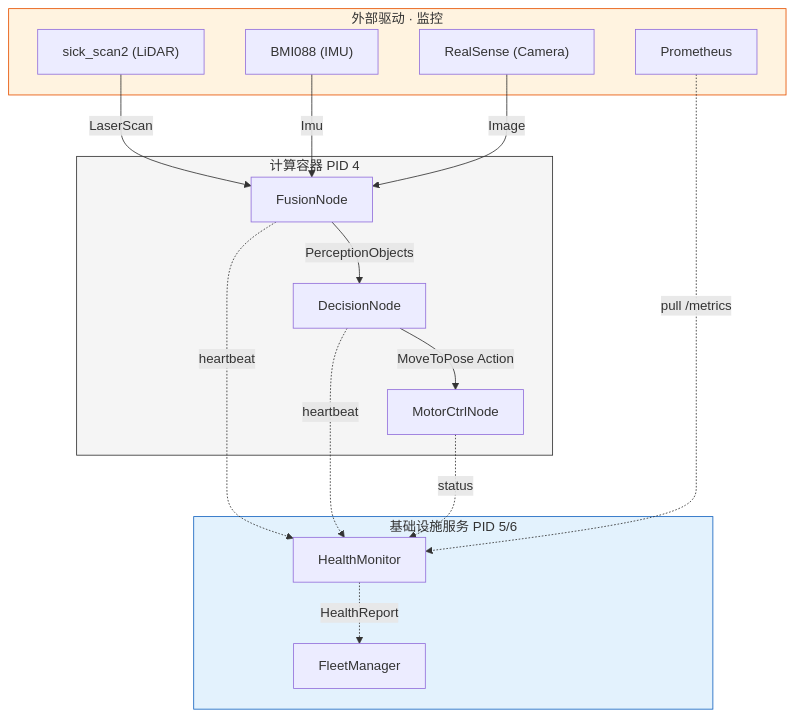
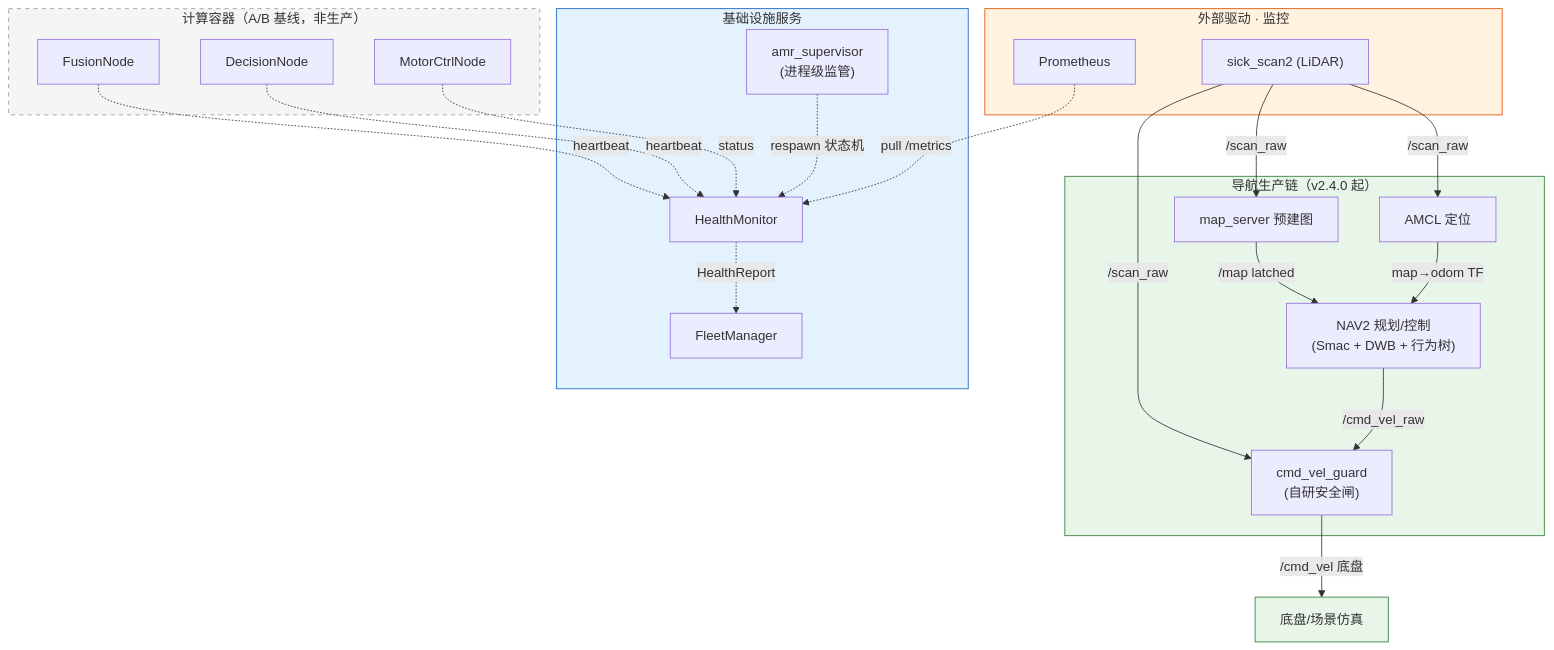
One commit to guang-lee-cn/ros2_amr_framework changed the first of 5 diagrams in doc/ARCHITECTURE.md. Above: the diagram before and after it, drawn with Mermaid. The commit also changed other lines of this file and 6 other files, not shown here.

````diff
--- a/doc/ARCHITECTURE.md
+++ b/doc/ARCHITECTURE.md
@@ -42,36 +42,47 @@
 ```mermaid
 flowchart TB
     subgraph drivers["外部驱动 · 监控"]
         SICK["sick_scan2 (LiDAR)"]
-        BMI["BMI088 (IMU)"]
-        REAL["RealSense (Camera)"]
         PROM["Prometheus"]
     end
 
-    subgraph infra["基础设施服务 PID 5/6"]
+    subgraph nav2["导航生产链（v2.4.0 起）"]
+        MAPSRV["map_server 预建图"]
+        AMCL["AMCL 定位"]
+        NAV["NAV2 规划/控制<br/>(Smac + DWB + 行为树)"]
+        GUARD["cmd_vel_guard<br/>(自研安全闸)"]
+    end
+
+    subgraph infra["基础设施服务"]
         HEALTH["HealthMonitor"]
+        SUP["amr_supervisor<br/>(进程级监管)"]
         FLEET["FleetManager"]
     end
 
-    subgraph compute["计算容器 PID 4"]
+    subgraph legacy["计算容器（A/B 基线，非生产）"]
         FUSION["FusionNode"]
         DECISION["DecisionNode"]
         MOTOR["MotorCtrlNode"]
     end
 
-    SICK -->|"LaserScan"| FUSION
-    BMI  -->|"Imu"| FUSION
-    REAL -->|"Image"| FUSION
-    FUSION -->|"PerceptionObjects"| DECISION
-    DECISION -->|"MoveToPose Action"| MOTOR
+    SICK -->|"/scan_raw"| MAPSRV
+    SICK -->|"/scan_raw"| AMCL
+    SICK -->|"/scan_raw"| GUARD
+    MAPSRV -->|"/map latched"| NAV
+    AMCL -->|"map→odom TF"| NAV
+    NAV -->|"/cmd_vel_raw"| GUARD
+    GUARD -->|"/cmd_vel 底盘"| DRIVE["底盘/场景仿真"]
 
     FUSION -.->|heartbeat| HEALTH
     DECISION -.->|heartbeat| HEALTH
     MOTOR -.->|status| HEALTH
+    SUP -.->|"respawn 状态机"| HEALTH
     HEALTH -.->|"HealthReport"| FLEET
     PROM -.->|"pull /metrics"| HEALTH
 
     style drivers fill:#fff3e0,stroke:#e65100
+    style nav2 fill:#e8f5e9,stroke:#2e7d32
     style infra fill:#e3f2fd,stroke:#1565c0
-    style compute fill:#f5f5f5,stroke:#333
+    style legacy fill:#f5f5f5,stroke:#999,stroke-dasharray:5
+    style DRIVE fill:#e8f5e9,stroke:#2e7d32
 ```
````
